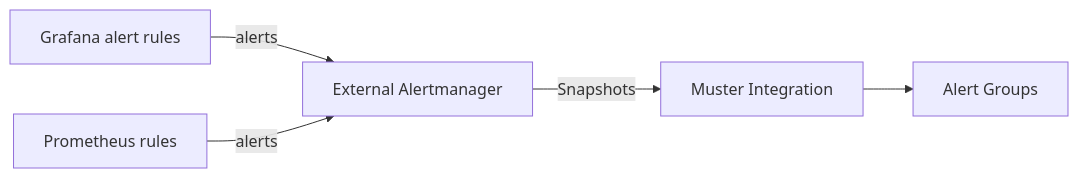
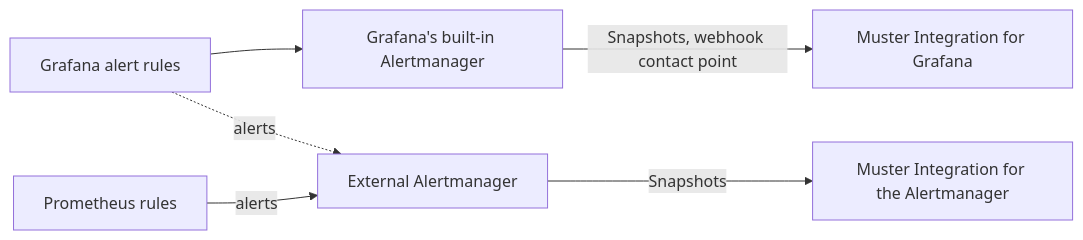
The diagram in docs/integrations/grafana.md (muster-io/muster), drawn with Mermaid before and after one commit. The commit also changed other lines of this file and 30 other files, not shown here.

Commit message:
feat(ingest): take Snapshots from Grafana Alerting's webhook contact point (#305)

````diff
--- a/docs/integrations/grafana.md
+++ b/docs/integrations/grafana.md
@@ -7,7 +7,8 @@
 ```mermaid
 flowchart LR
-  rules["Grafana alert rules"] -- "alerts" --> am["External Alertmanager"]
+  rules["Grafana alert rules"] --> builtin["Grafana's built-in Alertmanager"]
+  builtin -- "Snapshots, webhook contact point" --> direct["Muster Integration for Grafana"]
+  rules -. "alerts" .-> am["External Alertmanager"]
   prom["Prometheus rules"] -- "alerts" --> am
-  am -- "Snapshots" --> integration["Muster Integration"]
-  integration --> groups["Alert Groups"]
+  am -- "Snapshots" --> shared["Muster Integration for the Alertmanager"]
 ```
````
